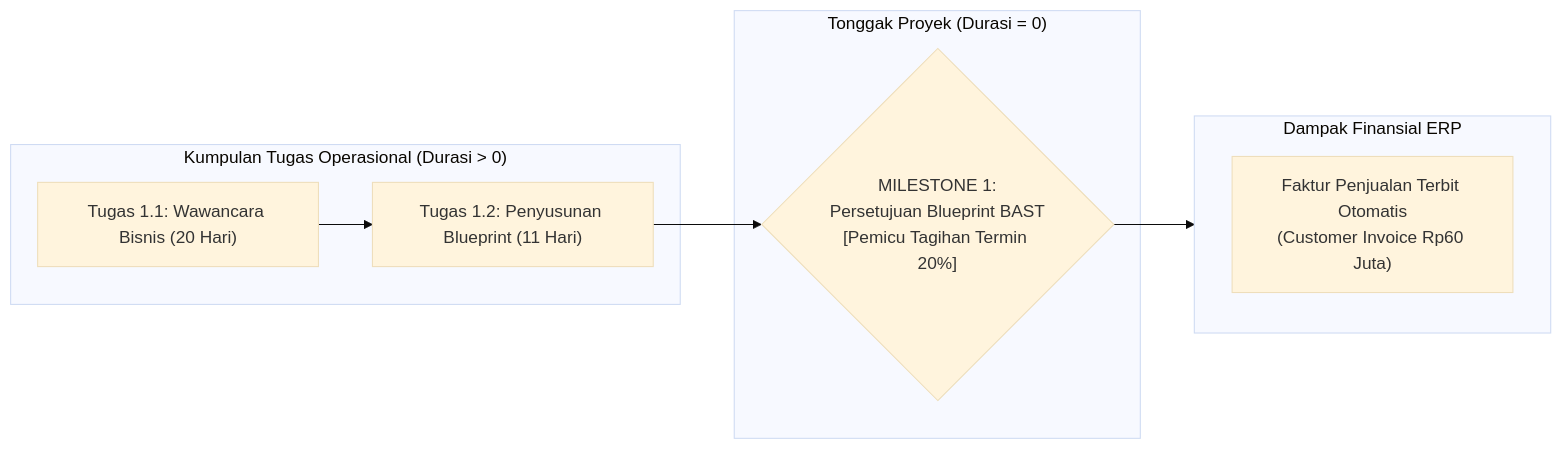
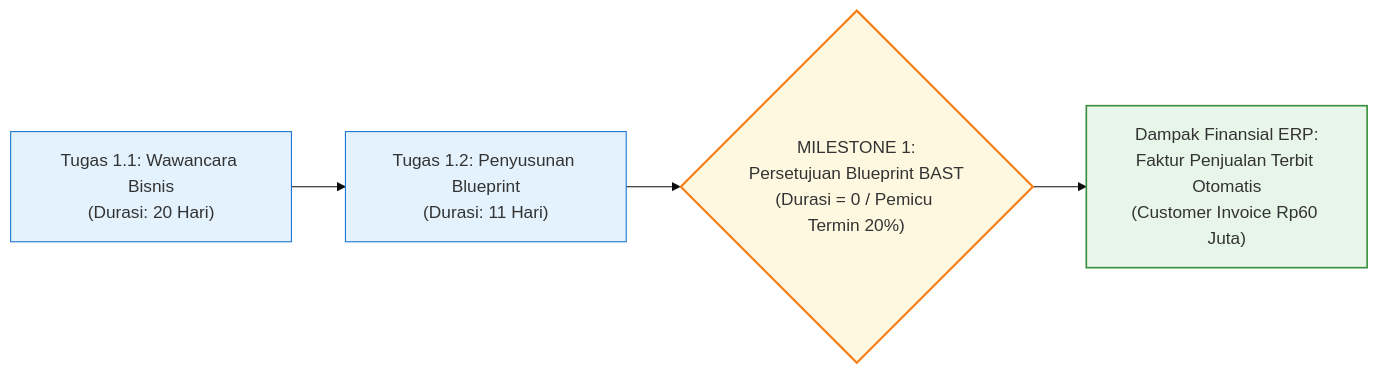
One commit to alimurrofid/erp-notes changed the first of 4 diagrams in content/09-project/project-task-and-milestone.md. Above: the diagram before and after it, drawn with Mermaid (base theme). The commit also changed other lines of this file and 58 other files, not shown here.

Commit message:
fix(content):Mermaid Subgraph

````diff
--- a/content/09-project/project-task-and-milestone.md
+++ b/content/09-project/project-task-and-milestone.md
@@ -10,19 +10,19 @@
 ```mermaid
 flowchart LR
-    subgraph Tasks["Kumpulan Tugas Operasional (Durasi > 0)"]
-        T1["Tugas 1.1: Wawancara Bisnis (20 Hari)"]
-        T2["Tugas 1.2: Penyusunan Blueprint (11 Hari)"]
-        T1 --> T2
-    end
+    T1["Tugas 1.1: Wawancara Bisnis<br/>(Durasi: 20 Hari)"]
+    T2["Tugas 1.2: Penyusunan Blueprint<br/>(Durasi: 11 Hari)"]
+    
+    M1{"MILESTONE 1:<br/>Persetujuan Blueprint BAST<br/>(Durasi = 0 / Pemicu Termin 20%)"}
+    
+    Inv["Dampak Finansial ERP:<br/>Faktur Penjualan Terbit Otomatis<br/>(Customer Invoice Rp60 Juta)"]
 
-    subgraph Milestone["Tonggak Proyek (Durasi = 0)"]
-        M1{"MILESTONE 1:<br/>Persetujuan Blueprint BAST<br/>[Pemicu Tagihan Termin 20%]"}
-    end
+    T1 --> T2 --> M1 --> Inv
 
-    subgraph FinancialImpact["Dampak Finansial ERP"]
-        Inv["Faktur Penjualan Terbit Otomatis<br/>(Customer Invoice Rp60 Juta)"]
-    end
+    classDef task fill:#e3f2fd,stroke:#1976d2,stroke-width:1px;
+    classDef milestone fill:#fff8e1,stroke:#f57f17,stroke-width:2px;
+    classDef finance fill:#e8f5e9,stroke:#388e3c,stroke-width:1.5px;
 
-    T2 --> M1
-    M1 --> FinancialImpact
+    class T1,T2 task;
+    class M1 milestone;
+    class Inv finance;
 ```
````
